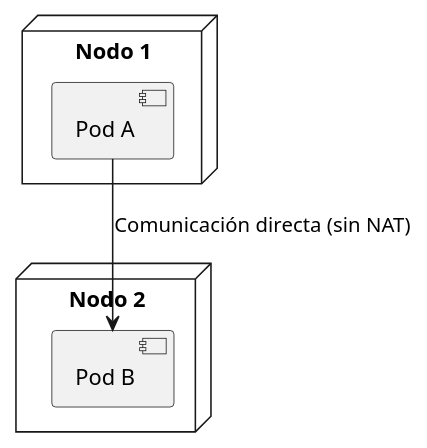
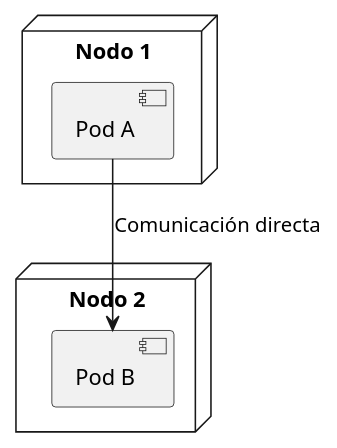
One commit to rojaldo/docker-course changed the fourth of 6 diagrams in docs/kubernetes.adoc. Above: the diagram before and after it, drawn with PlantUML. The commit also changed other lines of this file and 27 other files, not shown here.

```diff
--- a/docs/kubernetes.adoc
+++ b/docs/kubernetes.adoc
@@ -1893,12 +1892,12 @@
 [plantuml, pod-communication, png]
 ----
 @startuml
 node "Nodo 1" {
   [Pod A]
 }
 node "Nodo 2" {
   [Pod B]
 }
-[Pod A] --> [Pod B] : Comunicación directa (sin NAT)
+[Pod A] --> [Pod B] : Comunicación directa
 @enduml
 ----
```
